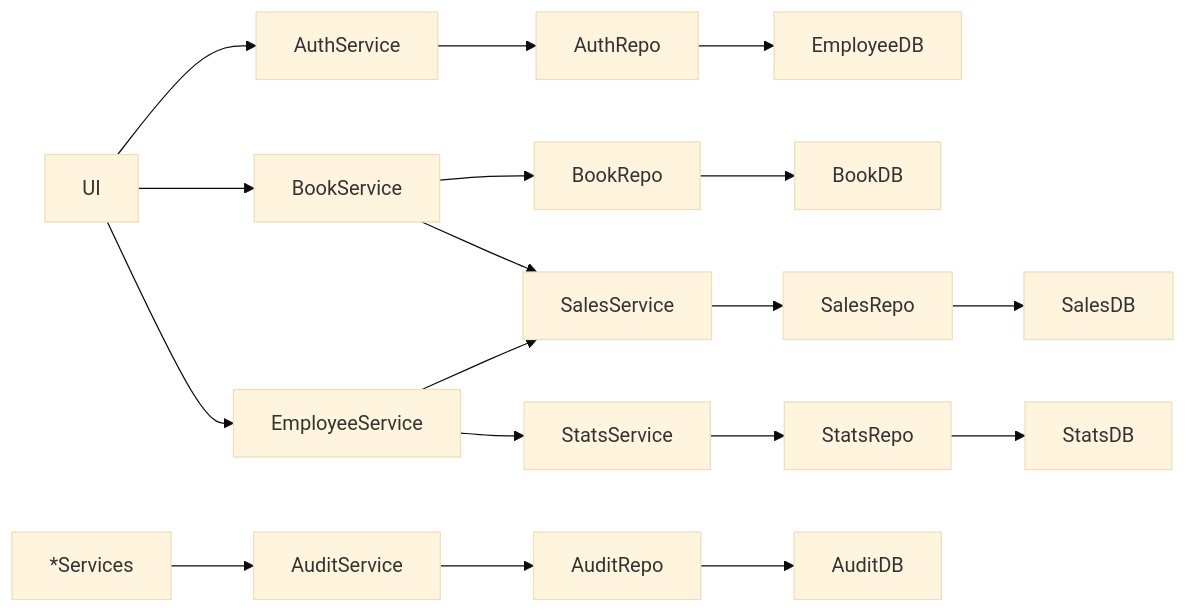
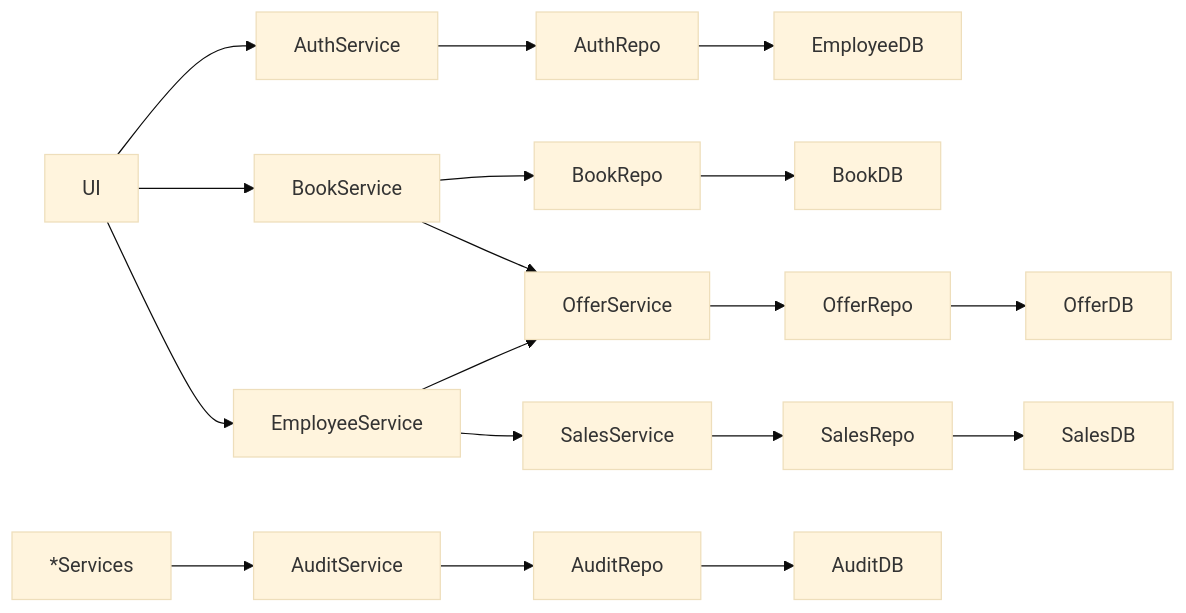
One commit to Apameus/Bookly changed the first of 10 diagrams in docs/high_level_architecture.md. Above: the diagram before and after it, drawn with Mermaid (base theme). The commit also changed 12 other files, not shown here.

````diff
--- a/docs/high_level_architecture.md
+++ b/docs/high_level_architecture.md
@@ -2,10 +2,10 @@
 ```mermaid
 flowchart LR
     UI --> AS[AuthService] --> AR[AuthRepo] --> EDB[EmployeeDB]
     UI --> BS[BookService] --> BR[BookRepo] --> BDB[BookDB]
-    BS --> SLS
-    ES --> SLS[SalesService] --> SLR[SalesRepo] --> SLDB[SalesDB]
-    UI --> ES[EmployeeService] --> SS[StatsService] --> SR[StatsRepo] --> SDB[StatsDB]
+    BS --> OS
+    ES --> OS[OfferService] --> OR[OfferRepo] --> ODB[OfferDB]
+    UI --> ES[EmployeeService] --> SS[SalesService] --> SR[SalesRepo] --> SDB[SalesDB]
     
     *Services --> AUS[AuditService] --> AUR[AuditRepo] --> ADB[AuditDB]
 ```
````
